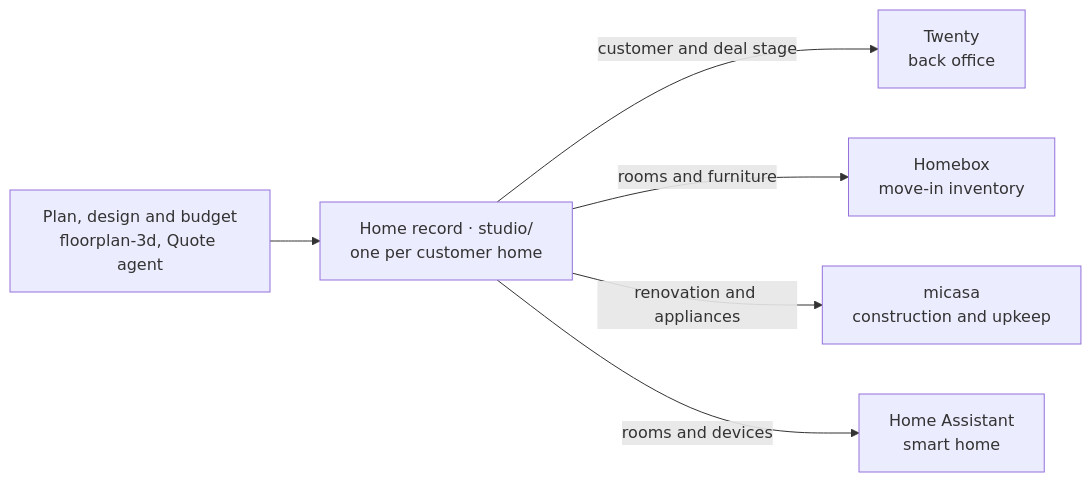
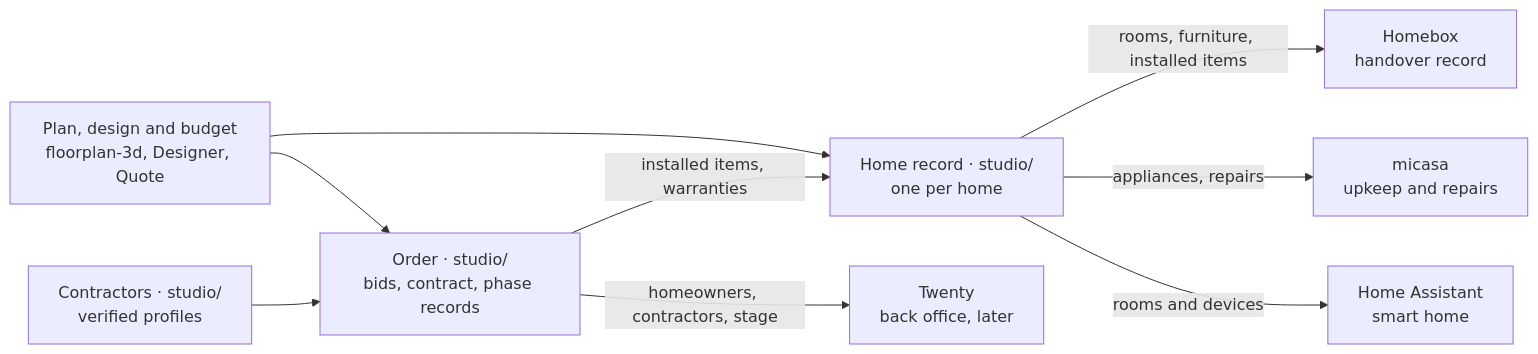
Before and after one commit to kakssjs/3dfangwu: the third of 3 diagrams in WORKFLOW.md, drawn with Mermaid. The commit also changed other lines of this file and 8 other files, not shown here.

First line of the commit message:
Change the plan to I Renovation

````diff
--- a/WORKFLOW.md
+++ b/WORKFLOW.md
@@ -470,8 +584,11 @@
 ```mermaid
 flowchart LR
-    F["Plan, design and budget<br/>floorplan-3d, Quote agent"] --> H["Home record · studio/<br/>one per customer home"]
-    H -->|customer and deal stage| T["Twenty<br/>back office"]
-    H -->|rooms and furniture| B["Homebox<br/>move-in inventory"]
-    H -->|renovation and appliances| M["micasa<br/>construction and upkeep"]
+    F["Plan, design and budget<br/>floorplan-3d, Designer, Quote"] --> H["Home record · studio/<br/>one per home"]
+    F --> O["Order · studio/<br/>bids, contract, phase records"]
+    K["Contractors · studio/<br/>verified profiles"] --> O
+    O -->|installed items, warranties| H
+    H -->|rooms, furniture, installed items| B["Homebox<br/>handover record"]
+    H -->|appliances, repairs| M["micasa<br/>upkeep and repairs"]
     H -->|rooms and devices| A["Home Assistant<br/>smart home"]
+    O -->|homeowners, contractors, stage| T["Twenty<br/>back office, later"]
 ```
````
